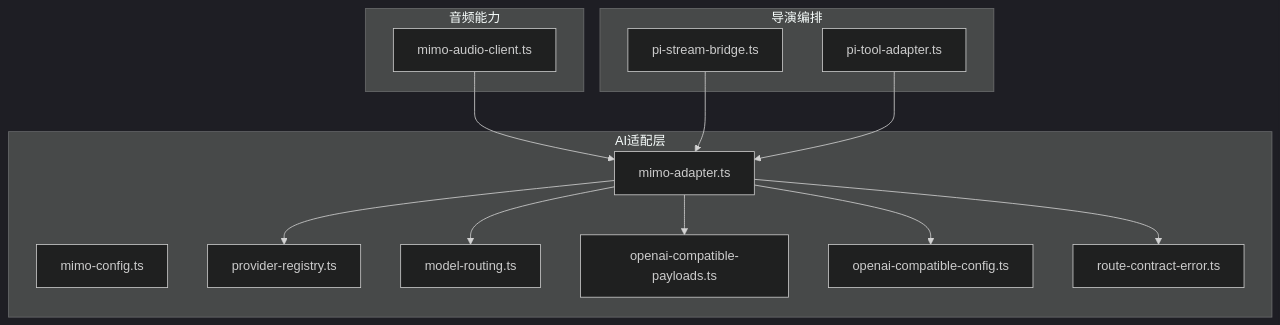
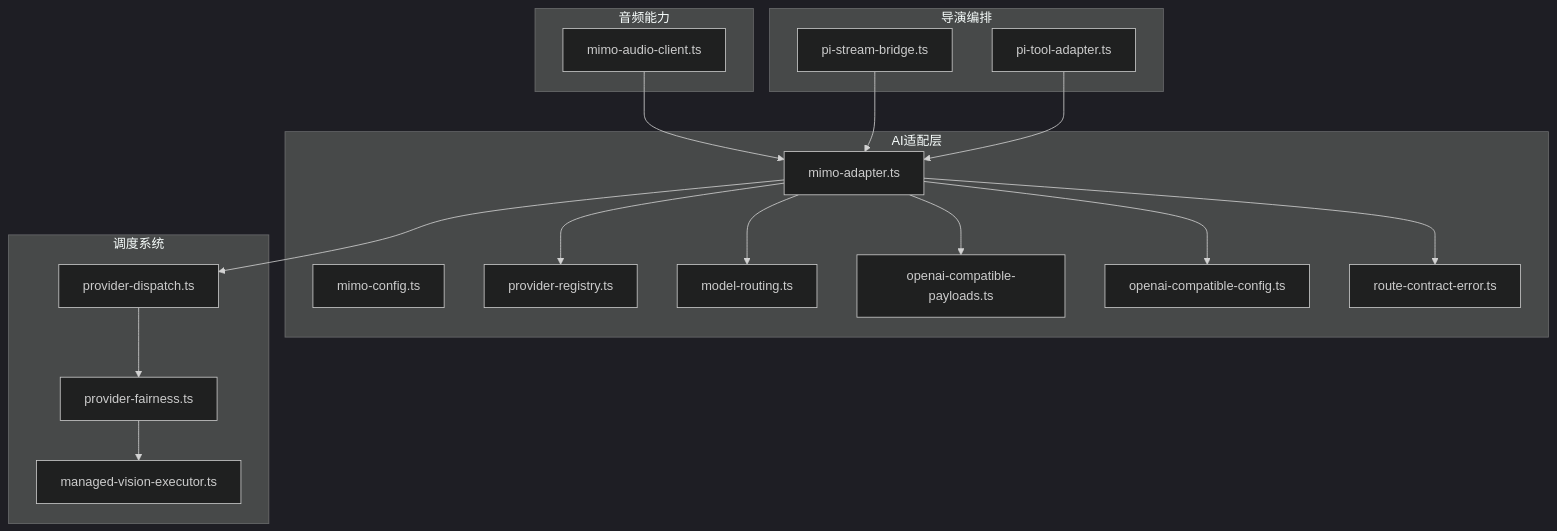
Before and after one commit to scottcwy/PurpleInk: the first of 13 diagrams in .qoder/repowiki/zh/content/AI系统集成/Mimo适配器.md, drawn with Mermaid (dark theme). The commit also changed other lines of this file and 23 other files, not shown here.

````diff
--- a/.qoder/repowiki/zh/content/AI系统集成/Mimo适配器.md
+++ b/.qoder/repowiki/zh/content/AI系统集成/Mimo适配器.md
@@ -41,27 +56,35 @@
 ```mermaid
 graph TB
 subgraph "AI适配层"
 A["mimo-adapter.ts"]
 B["mimo-config.ts"]
 C["provider-registry.ts"]
 D["model-routing.ts"]
 E["openai-compatible-payloads.ts"]
 F["openai-compatible-config.ts"]
 G["route-contract-error.ts"]
 end
+subgraph "调度系统"
+H["provider-dispatch.ts"]
+I["provider-fairness.ts"]
+J["managed-vision-executor.ts"]
+end
 subgraph "音频能力"
-H["mimo-audio-client.ts"]
+K["mimo-audio-client.ts"]
 end
 subgraph "导演编排"
-I["pi-stream-bridge.ts"]
-J["pi-tool-adapter.ts"]
+L["pi-stream-bridge.ts"]
+M["pi-tool-adapter.ts"]
 end
 A --> E
 A --> F
 A --> C
 A --> D
 A --> G
-H --> A
-I --> A
-J --> A
+A --> H
+H --> I
+I --> J
+K --> A
+L --> A
+M --> A
 ```
````
